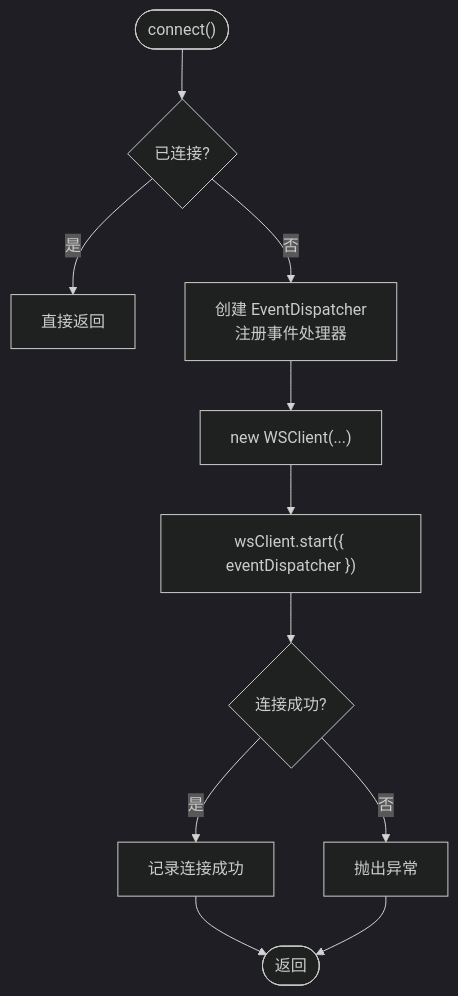
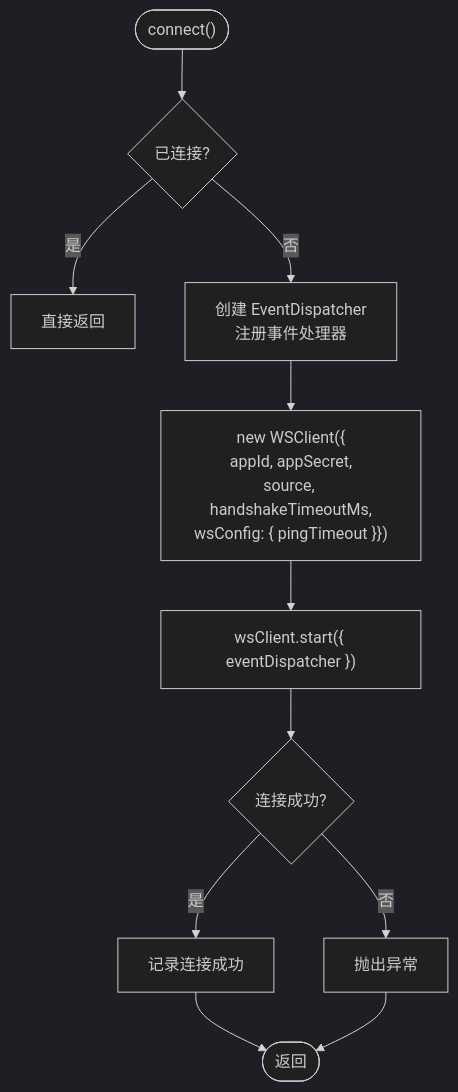
One commit to HeXiaoShu520/feishu-pi changed the third of 7 diagrams in .qoder/repowiki/zh/content/API 参考文档/WebSocket API.md. Above: the diagram before and after it, drawn with Mermaid (dark theme). The commit also changed other lines of this file and 47 other files, not shown here.

````diff
--- a/.qoder/repowiki/zh/content/API 参考文档/WebSocket API.md
+++ b/.qoder/repowiki/zh/content/API 参考文档/WebSocket API.md
@@ -133,13 +144,13 @@
 ```mermaid
 flowchart TD
 Start(["connect()"]) --> CheckConn{"已连接?"}
 CheckConn -- 是 --> Return["直接返回"]
 CheckConn -- 否 --> CreateDisp["创建 EventDispatcher<br/>注册事件处理器"]
-CreateDisp --> NewWS["new WSClient(...)"]
+CreateDisp --> NewWS["new WSClient({<br/>appId, appSecret,<br/>source, handshakeTimeoutMs,<br/>wsConfig: { pingTimeout }})"]
 NewWS --> StartWS["wsClient.start({ eventDispatcher })"]
 StartWS --> OnConnected{"连接成功?"}
 OnConnected -- 是 --> LogOK["记录连接成功"]
 OnConnected -- 否 --> ThrowErr["抛出异常"]
 LogOK --> End(["返回"])
 ThrowErr --> End
 ```
````
